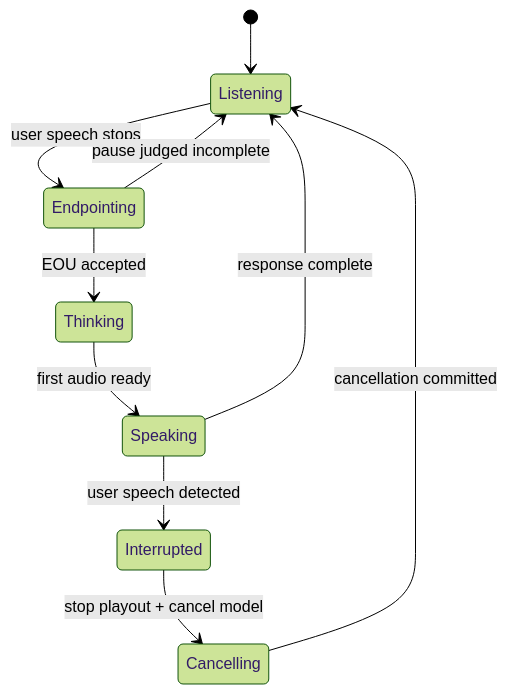
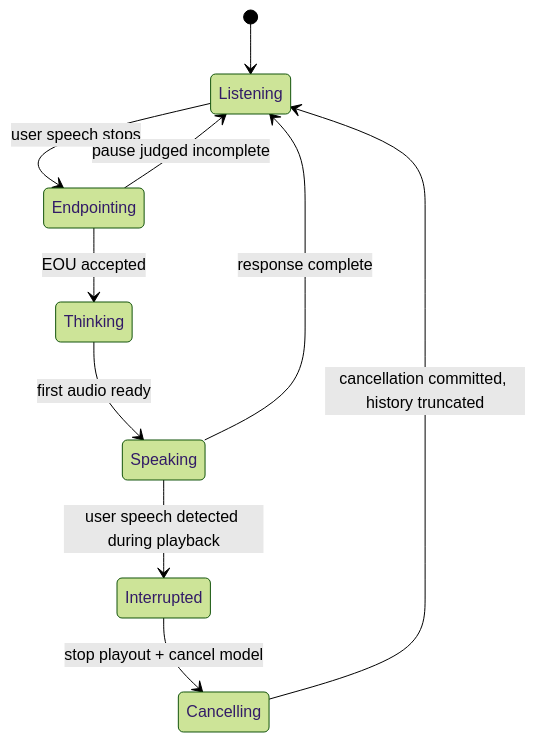
Before and after one commit to emilwareus/addcommitpush.io: the diagram in presentations/voice-agents/research/insights/INSIGHT_06_barge_in_is_the_real_system_test.md, drawn with Mermaid (forest theme). The commit also changed other lines of this file and 20 other files, not shown here.

````diff
--- a/presentations/voice-agents/research/insights/INSIGHT_06_barge_in_is_the_real_system_test.md
+++ b/presentations/voice-agents/research/insights/INSIGHT_06_barge_in_is_the_real_system_test.md
@@ -38,12 +68,12 @@
 ```mermaid
 stateDiagram-v2
   [*] --> Listening
   Listening --> Endpointing: user speech stops
   Endpointing --> Thinking: EOU accepted
   Thinking --> Speaking: first audio ready
   Speaking --> Listening: response complete
-  Speaking --> Interrupted: user speech detected
+  Speaking --> Interrupted: user speech detected during playback
   Interrupted --> Cancelling: stop playout + cancel model
-  Cancelling --> Listening: cancellation committed
+  Cancelling --> Listening: cancellation committed, history truncated
   Endpointing --> Listening: pause judged incomplete
 ```
````
